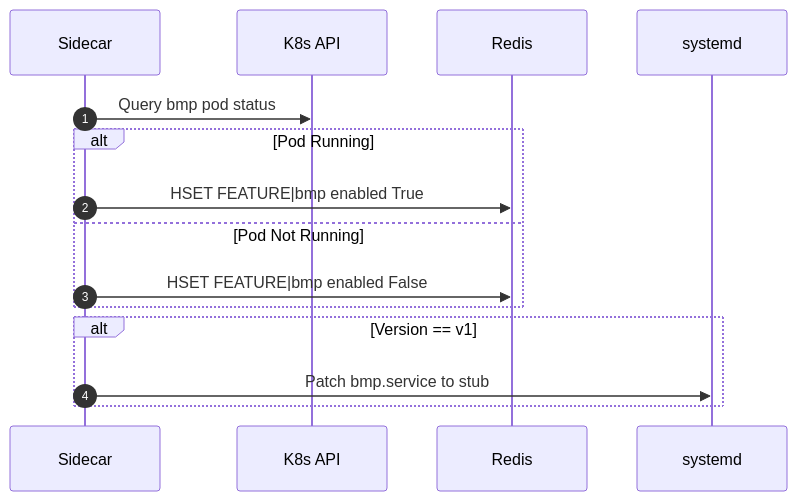
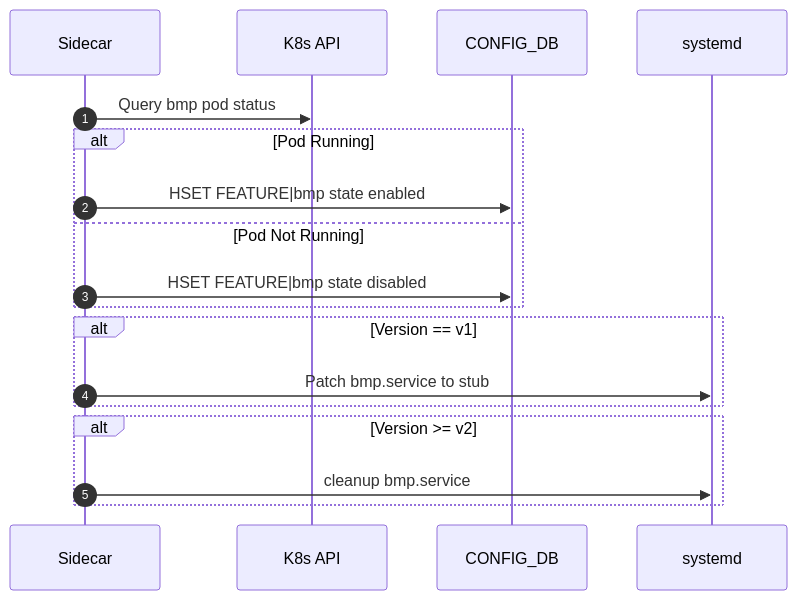
The diagram in doc/bmp/k8s_migration_design.md (sonic-net/SONiC), drawn with Mermaid before and after one commit. The commit also changed other lines of this file, not shown here.

````diff
--- a/doc/bmp/k8s_migration_design.md
+++ b/doc/bmp/k8s_migration_design.md
@@ -172,18 +175,21 @@
 ```mermaid
 sequenceDiagram
     autonumber
     participant Sidecar
     participant K8s API
-    participant Redis
+    participant CONFIG_DB
     participant systemd
 
     Sidecar->>K8s API: Query bmp pod status
     alt Pod Running
-        Sidecar->>Redis: HSET FEATURE|bmp enabled True
+        Sidecar->>CONFIG_DB: HSET FEATURE|bmp state enabled
     else Pod Not Running
-        Sidecar->>Redis: HSET FEATURE|bmp enabled False
+        Sidecar->>CONFIG_DB: HSET FEATURE|bmp state disabled
     end
     alt Version == v1
         Sidecar->>systemd: Patch bmp.service to stub
     end
+    alt Version >= v2
+        Sidecar->>systemd: cleanup bmp.service
+    end
 ```
````
